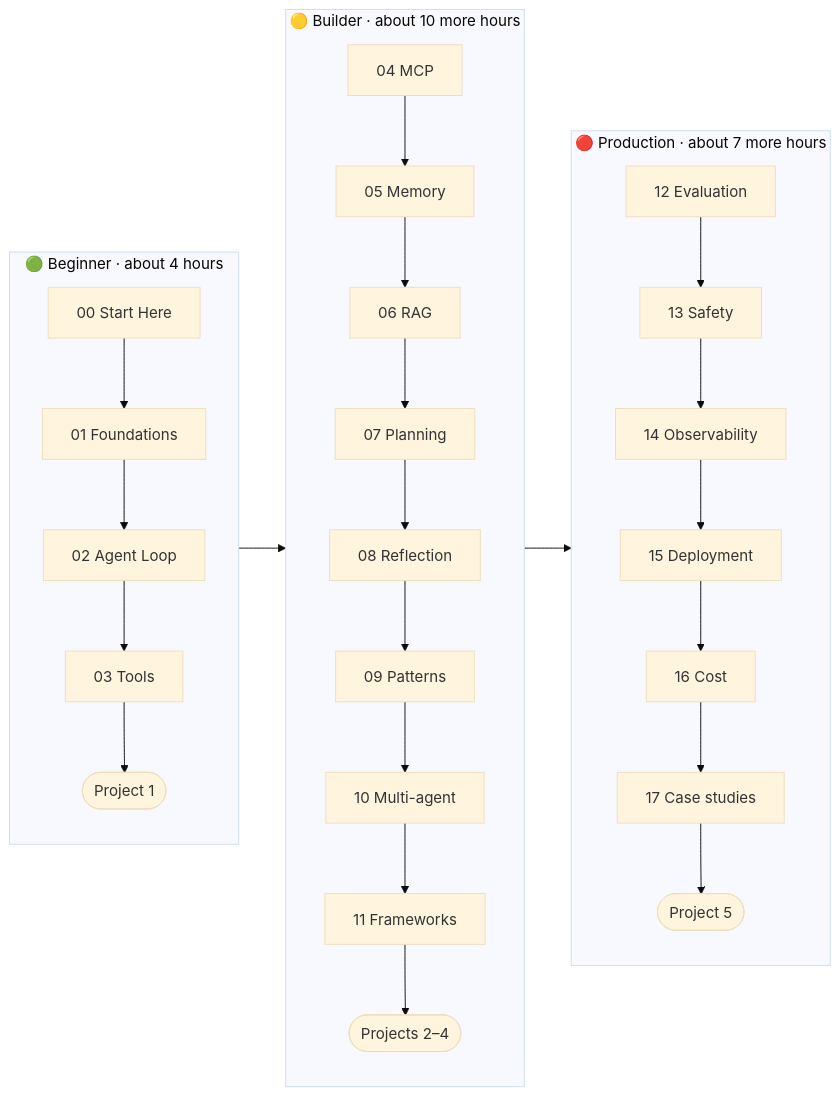
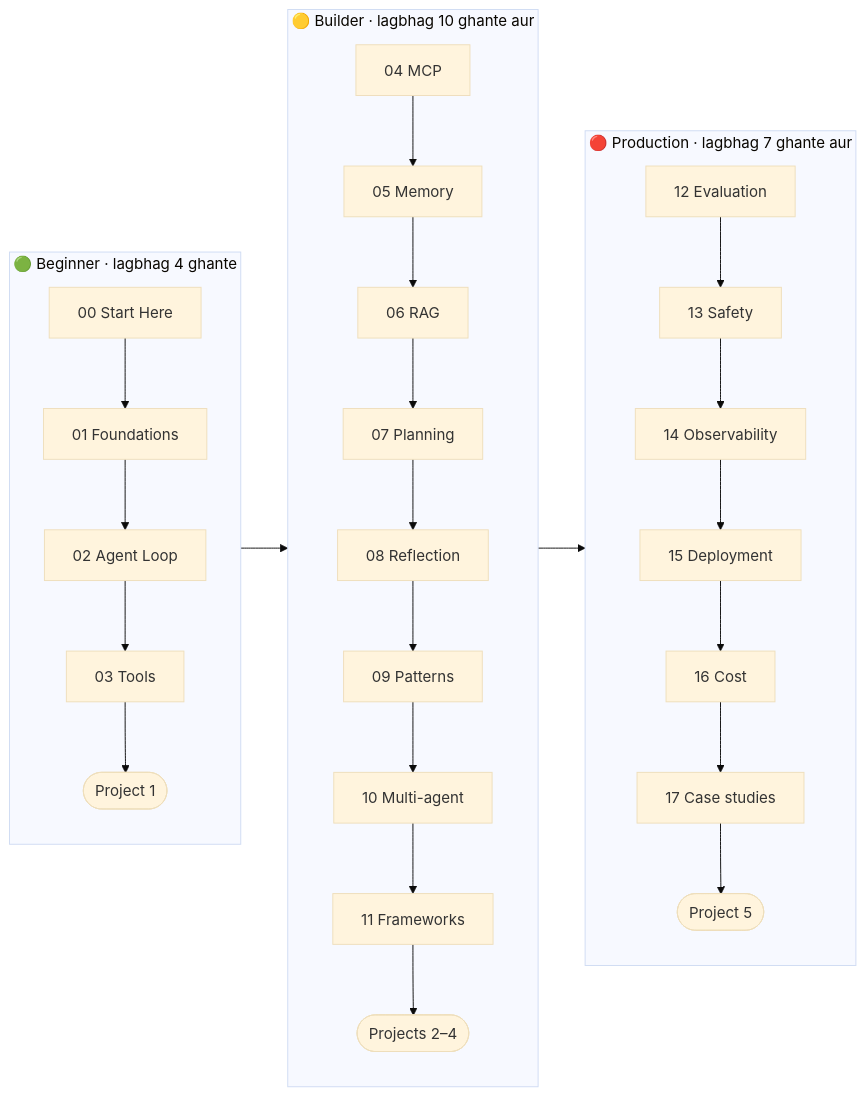
One commit to asmustechno/agentic-ai-notes changed the diagram in docs/00-start-here/00.2-learning-paths.md. Above: the diagram before and after it, drawn with Mermaid (base theme). The commit also changed other lines of this file and 135 other files, not shown here.

````diff
--- a/docs/00-start-here/00.2-learning-paths.md
+++ b/docs/00-start-here/00.2-learning-paths.md
@@ -38,19 +44,19 @@
 ```mermaid
 flowchart LR
-    subgraph B["🟢 Beginner · about 4 hours"]
+    subgraph B["🟢 Beginner · lagbhag 4 ghante"]
         direction TB
         C00[00 Start Here] --> C01[01 Foundations] --> C02[02 Agent Loop] --> C03[03 Tools] --> P1([Project 1])
     end
-    subgraph BU["🟡 Builder · about 10 more hours"]
+    subgraph BU["🟡 Builder · lagbhag 10 ghante aur"]
         direction TB
         C04[04 MCP] --> C05[05 Memory] --> C06[06 RAG] --> C07[07 Planning]
         C07 --> C08[08 Reflection] --> C09[09 Patterns] --> C10[10 Multi-agent] --> C11[11 Frameworks]
         C11 --> P234([Projects 2–4])
     end
-    subgraph PR["🔴 Production · about 7 more hours"]
+    subgraph PR["🔴 Production · lagbhag 7 ghante aur"]
         direction TB
         C12[12 Evaluation] --> C13[13 Safety] --> C14[14 Observability] --> C15[15 Deployment]
         C15 --> C16[16 Cost] --> C17[17 Case studies] --> P5([Project 5])
     end
     B --> BU --> PR
 ```
````
